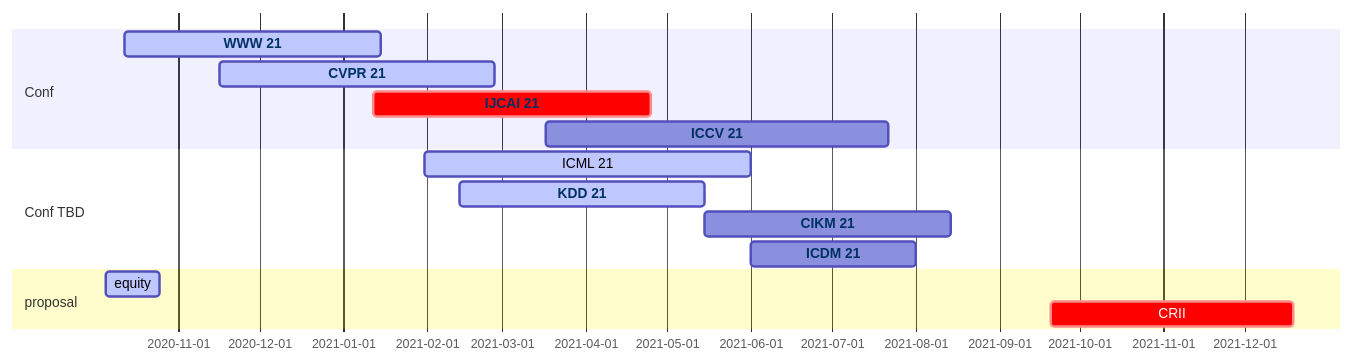
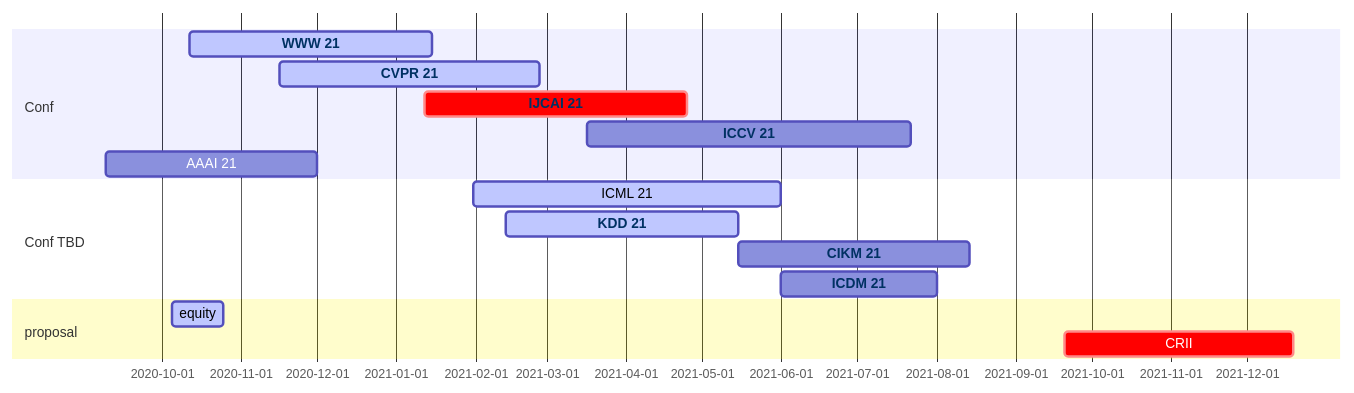
The diagram in content/post/conf/index.md (aquastar/academic-kickstart), drawn with Mermaid before and after one commit. The commit also changed 1 other file, not shown here.

````diff
--- a/content/post/conf/index.md
+++ b/content/post/conf/index.md
@@ -16,28 +16,29 @@
 ```mermaid
 gantt
   dateFormat  MM/DD/YY
   section Conf
     WWW 21 :active, www, 10/12/20, 01/15/21
     CVPR 21 :active, cvpr, 11/16/20, 02/26/21
     IJCAI 21 :crit, ijcai, 01/12/21, 04/25/21
     ICCV 21 :iccv, 03/17/21, 07/22/21
+    AAAI 21 :aaai, 09/09/20, 12/01/20
   section Conf TBD
     ICML 21:active, icml, 01/31/21, 06/01/21
     KDD 21:active, kdd, 02/13/21, 05/15/21
     CIKM 21:cikm, 05/15/21, 08/14/21
     ICDM 21:icdm, 06/01/21, 08/01/21
   section proposal
     equity: active, msu, 10/05/20, 20d
     CRII: crit, crii, 09/20/21, 90d 
 
   click cvpr href "http://cvpr2021.thecvf.com/"
   click iccv href "http://iccv2021.thecvf.com/"
   click icmk href "https://mermaidjs.github.io/"
   click ijcai href "http://www.ijcai-21.org/"
   click kdd href "http://www.kdd.org/kdd2021"
   click www href "https://www2021.thewebconf.org/"
   click cikm href "https://www.cikm2021.org/"
   click icdm href "http://icdm2021.bigke.org"
   click cirr href "https://www.nsf.gov/funding/pgm_summ.jsp?pims_id=504952"
 
 ```
````
